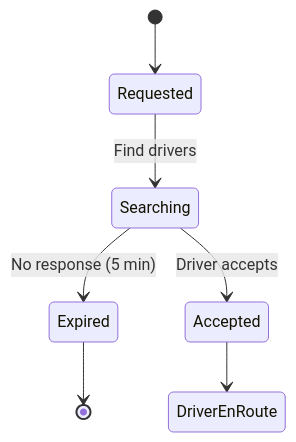
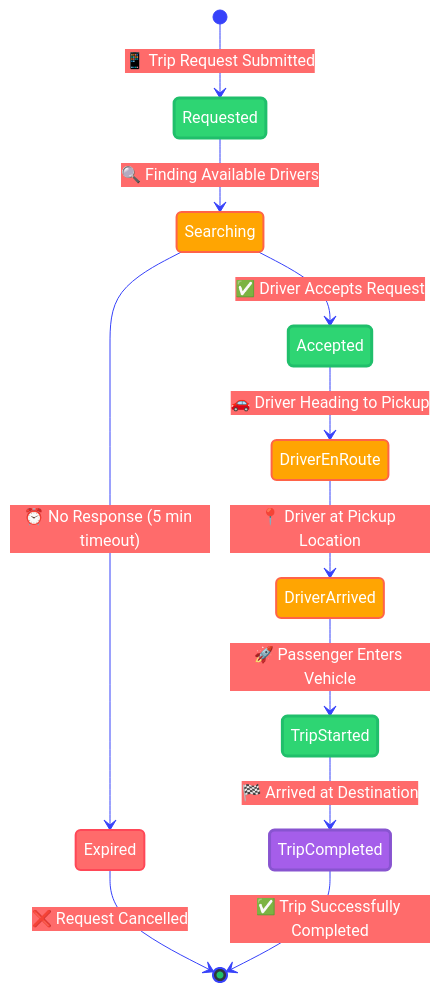
Before and after one commit to abdoElHodaky/transportapp: the second of 19 diagrams in docs/BUSINESS_PROCESSES.md, drawn with Mermaid. The commit also changed other lines of this file and 4 other files, not shown here.

````diff
--- a/docs/BUSINESS_PROCESSES.md
+++ b/docs/BUSINESS_PROCESSES.md
@@ -103,94 +110,42 @@
 ```mermaid
 %%{init: {
-  "theme": "dark",
-  "themeVariables": {
-    "primaryColor": "#0d1117",
-    "primaryTextColor": "#aff5b4",
-    "primaryBorderColor": "#238636",
-    "lineColor": "#238636",
-    "secondaryColor": "#2ea043",
-    "tertiaryColor": "#3fb950",
-    "background": "#0d1117",
-    "mainBkg": "#0d1117",
-    "secondBkg": "#21262d",
-    "tertiaryBkg": "#3fb950"
-  },
-  "flowchart": {
-    "useMaxWidth": true,
-    "htmlLabels": true
-  },
-  "sequence": {
-    "useMaxWidth": true,
-    "wrap": true
-  },
-  "class": {
-    "useMaxWidth": true
-  },
-  "state": {
-    "useMaxWidth": true
-  },
-  "er": {
-    "useMaxWidth": true
-  },
-  "gantt": {
-    "useMaxWidth": true
+  'theme': 'base',
+  'themeVariables': {
+    'primaryColor': '#2ed573',
+    'primaryTextColor': '#ffffff',
+    'primaryBorderColor': '#20bf6b',
+    'lineColor': '#3742fa',
+    'secondaryColor': '#ff6b6b',
+    'tertiaryColor': '#ffa502',
+    'background': '#1e1e1e',
+    'mainBkg': '#2f3542',
+    'secondBkg': '#57606f',
+    'tertiaryBkg': '#747d8c'
   }
-}%%
+}}%%
+
 stateDiagram-v2
-    [*] --> Requested
-    Requested --> Searching : Find drivers
-    Searching --> Expired : No response (5 min)
-    Searching --> Accepted : Driver accepts
-    Expired --> [*]
-    Accepted --> DriverEnRoute
+    [*] --> Requested : 📱 Trip Request Submitted
+    Requested --> Searching : 🔍 Finding Available Drivers
+    Searching --> Expired : ⏰ No Response (5 min timeout)
+    Searching --> Accepted : ✅ Driver Accepts Request
+    Expired --> [*] : ❌ Request Cancelled
+    Accepted --> DriverEnRoute : 🚗 Driver Heading to Pickup
+    DriverEnRoute --> DriverArrived : 📍 Driver at Pickup Location
+    DriverArrived --> TripStarted : 🚀 Passenger Enters Vehicle
+    TripStarted --> TripCompleted : 🏁 Arrived at Destination
+    TripCompleted --> [*] : ✅ Trip Successfully Completed
 
-    %%  --- DARK GRADIENT & GLOW STYLING ---
-    
-    %%  Main Dashboard (Neon Cyan/Blue)
-    classDef main fill : #0d1117, stroke:#58a6ff, stroke-width: 4px,color:#58a6ff,font-weight: bold;
-    
-    
-    %%  Decision Diamond (Gold Glow)
-    classDef decision fill : #161b22, stroke:#d29922, color:#d29922,stroke-dasharray: 5 5;
-    
-    
-    %%  Revenue (Emerald Gradient Style)
-    classDef revNode fill : #04190b, stroke:#3fb950, color:#aff5b4,stroke-width: 2px;
-    
-    
-    %%  Commission (Purple Gradient Style)
-    classDef commNode fill : #12101e, stroke:#bc8cff, color:#e2c5ff,stroke-width: 2px;
-    
-    
-    %%  Refund (Ruby Gradient Style)
-    classDef refNode fill : #1a0b0b, stroke:#ff7b72, color:#ffa198,stroke-width: 2px;
-    
-    
-    %%  Earnings (Sapphire Gradient Style)
-    classDef earnNode fill : #051221, stroke:#388bfd, color:#a5d6ff,stroke-width: 2px;
-    
+    %% Styling
+    classDef activeState fill:#2ed573,stroke:#20bf6b,stroke-width:3px,color:#fff
+    classDef waitingState fill:#ffa502,stroke:#ff6348,stroke-width:2px,color:#fff
+    classDef errorState fill:#ff6b6b,stroke:#ff4757,stroke-width:2px,color:#fff
+    classDef finalState fill:#a55eea,stroke:#8854d0,stroke-width:3px,color:#fff
 
-    class A main;
-    class D decision;
-    class E revNode;
-    class R commNode;
-    class S refNode;
-
-
-
-
-    %% --- BUSINESS (CORPORATE GREEN) THEME STYLING ---
-    
-    %% Primary nodes (main components)
-    classDef primary fill:#0d1117,stroke:#238636,stroke-width:4px,color:#aff5b4,font-weight:bold;
-    
-    %% Secondary nodes (supporting components)
-    classDef secondary fill:#0d1117,stroke:#2ea043,stroke-width:3px,color:#aff5b4,font-weight:normal;
-    
-    %% Accent nodes (highlights)
-    classDef accent fill:#0d1117,stroke:#3fb950,stroke-width:2px,color:#3fb950,font-weight:bold;
-    
-    %% Success nodes (positive outcomes)
+    class Requested,Accepted,TripStarted activeState
+    class Searching,DriverEnRoute,DriverArrived waitingState
+    class Expired errorState
+    class TripCompleted finalState
     classDef success fill:#0d1117,stroke:#238636,stroke-width:3px,color:#238636,font-weight:bold;
     
     %% Warning nodes (attention needed)
````
